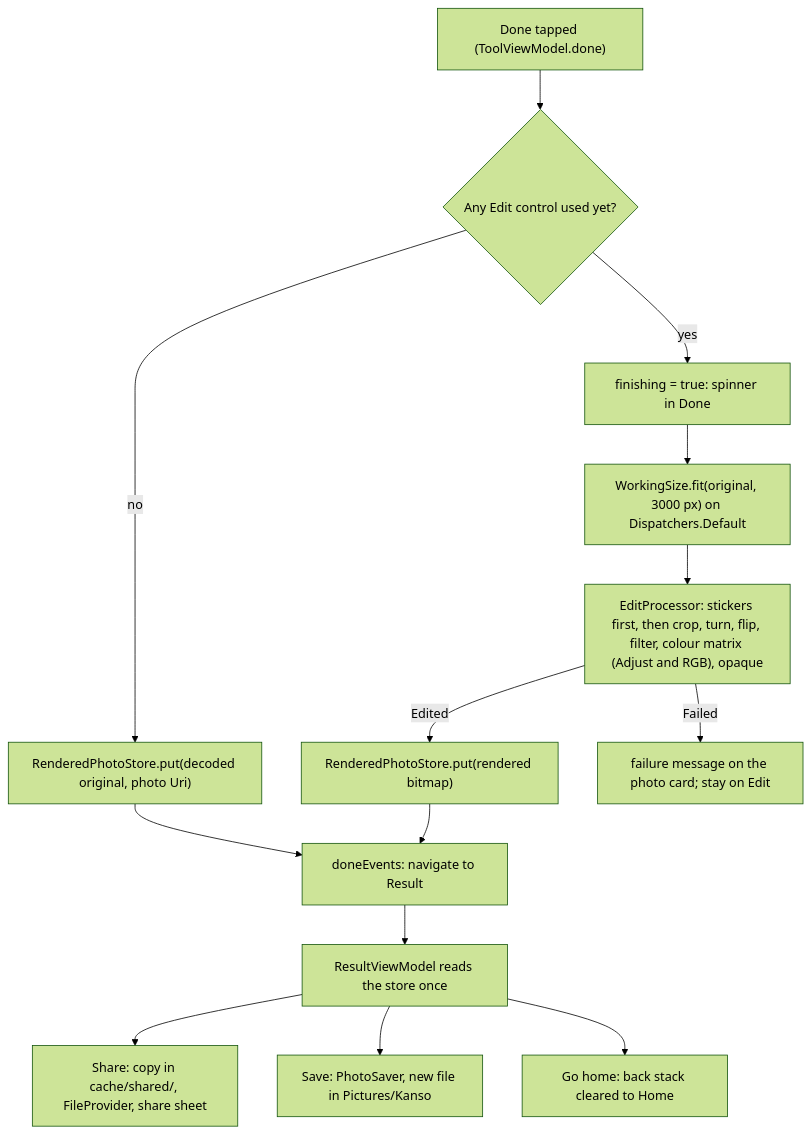
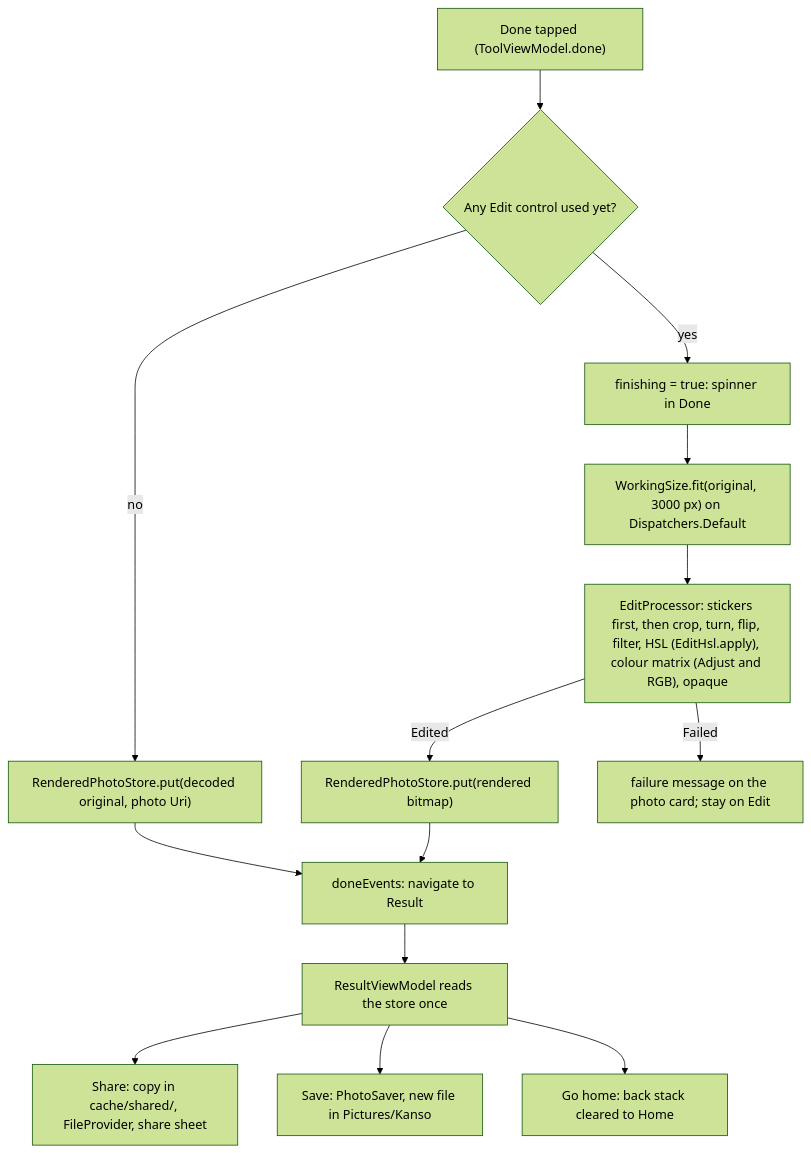
One commit to Phong-Kaster/Kanso changed the fourth of 4 diagrams in docs/features/edit.md. Above: the diagram before and after it, drawn with Mermaid (forest theme). The commit also changed other lines of this file and 10 other files, not shown here.

````diff
--- a/docs/features/edit.md
+++ b/docs/features/edit.md
@@ -313,16 +335,16 @@
 ```mermaid
 flowchart TD
     D["Done tapped (ToolViewModel.done)"] --> N{"Any Edit control used yet?"}
     N -->|no| H0["RenderedPhotoStore.put(decoded original, photo Uri)"]
     N -->|yes| F["finishing = true: spinner in Done"]
     F --> W["WorkingSize.fit(original, 3000 px) on Dispatchers.Default"]
-    W --> E["EditProcessor: stickers first, then crop, turn, flip, filter, colour matrix (Adjust and RGB), opaque"]
+    W --> E["EditProcessor: stickers first, then crop, turn, flip, filter, HSL (EditHsl.apply), colour matrix (Adjust and RGB), opaque"]
     E -->|Edited| H1["RenderedPhotoStore.put(rendered bitmap)"]
     E -->|Failed| X["failure message on the photo card; stay on Edit"]
     H0 --> R["doneEvents: navigate to Result"]
     H1 --> R
     R --> V["ResultViewModel reads the store once"]
     V --> SH["Share: copy in cache/shared/, FileProvider, share sheet"]
     V --> SV["Save: PhotoSaver, new file in Pictures/Kanso"]
     V --> GH["Go home: back stack cleared to Home"]
 ```
````
